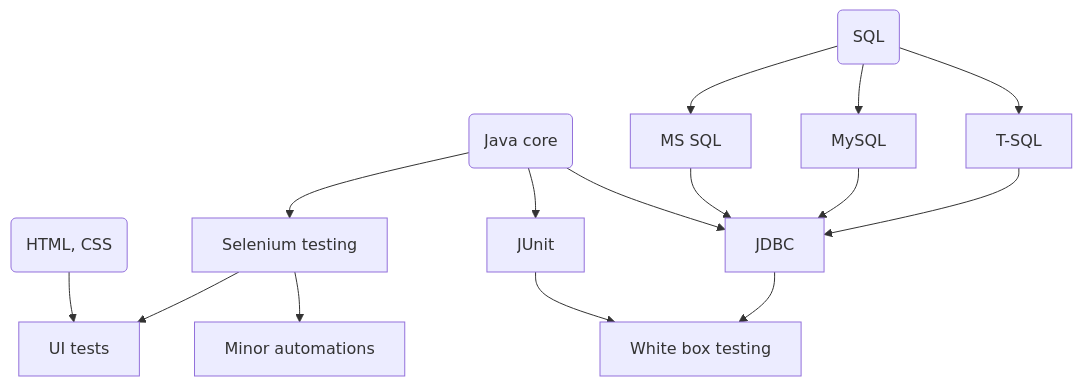
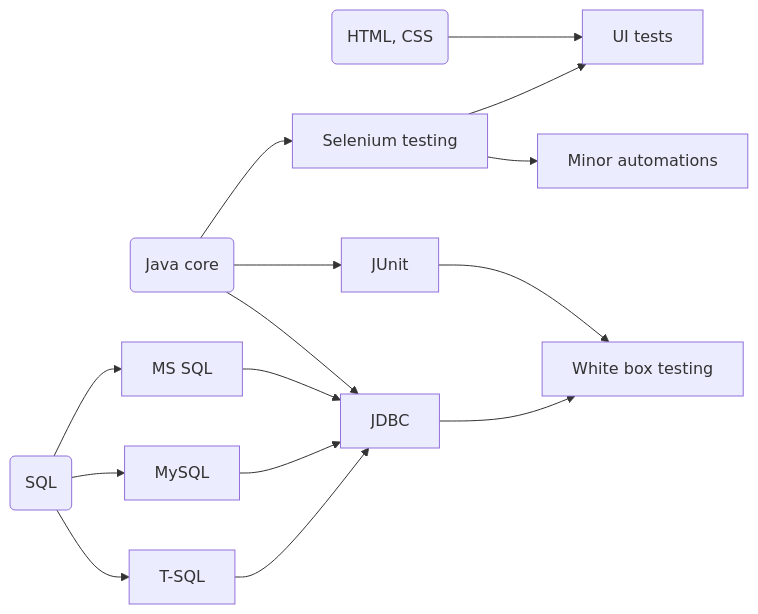
The diagram in README.md (Eekain/Eekain), drawn with Mermaid before and after one commit.

````diff
--- a/README.md
+++ b/README.md
@@ -19,16 +19,16 @@
 ```mermaid
-  graph TD;
+  graph LR;
       D(HTML, CSS) --> E[UI tests];
       A(Java core) --> B[Selenium testing];
       B --> E;
       B --> F[Minor automations];
       C(SQL) --> H[MS SQL];
       C --> I[MySQL];
       C --> J[T-SQL];
       A --> L[JUnit] --> K[White box testing];
       H --> G[JDBC];
       A --> G;
       I --> G;
       J --> G;
       G --> K;
 ```
````
